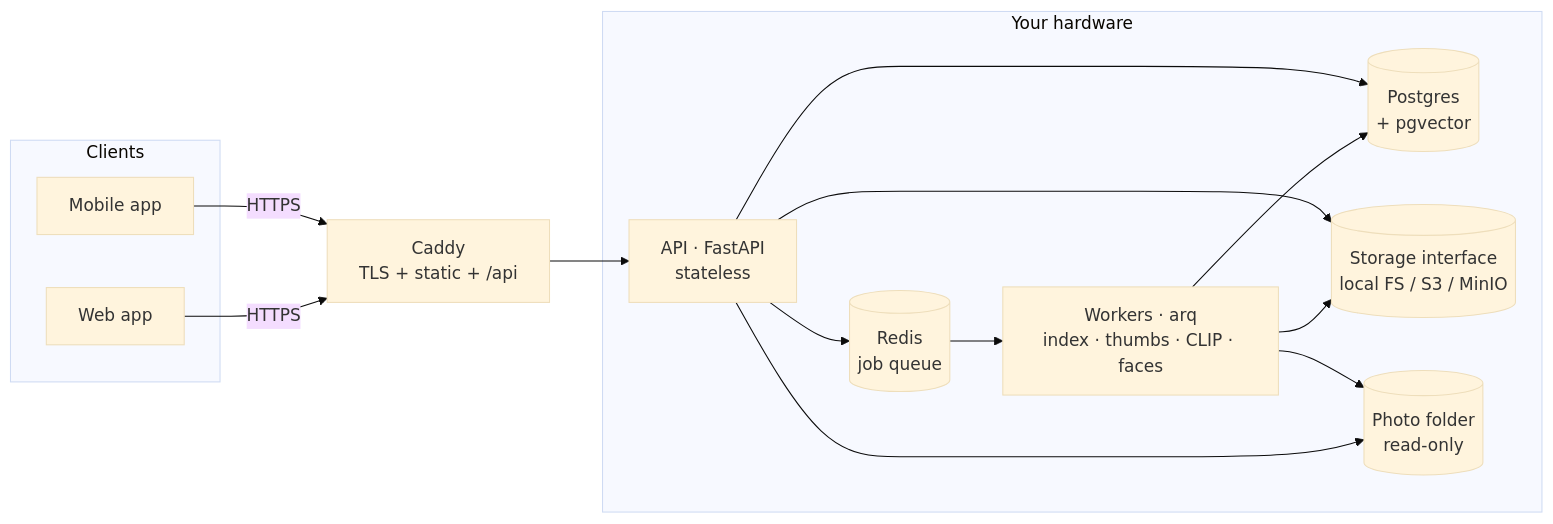
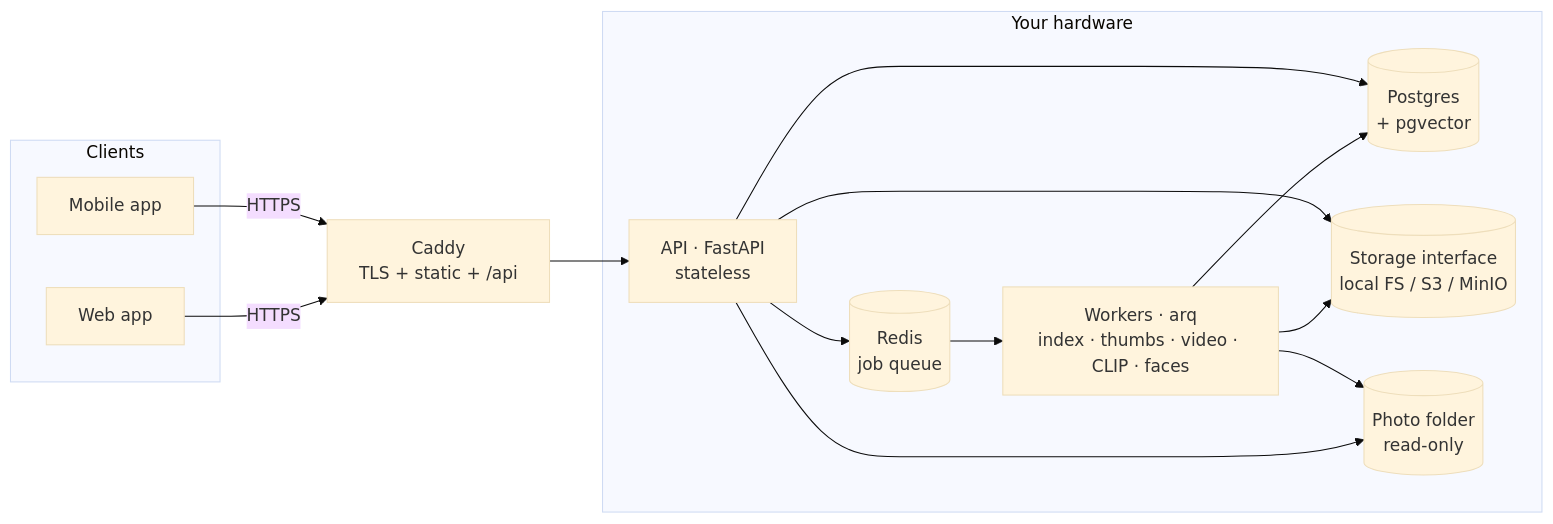
Before and after one commit to Db2203/selfhost: the diagram in README.md, drawn with Mermaid (base theme). The commit also changed other lines of this file, not shown here.

Commit message:
docs: tick off video support

````diff
--- a/README.md
+++ b/README.md
@@ -31,27 +32,27 @@
 ```mermaid
 flowchart LR
     subgraph clients [Clients]
         phone[Mobile app]
         browser[Web app]
     end
     caddy[Caddy<br/>TLS + static + /api]
     subgraph host [Your hardware]
         api[API · FastAPI<br/>stateless]
-        worker[Workers · arq<br/>index · thumbs · CLIP · faces]
+        worker[Workers · arq<br/>index · thumbs · video · CLIP · faces]
         pg[(Postgres<br/>+ pgvector)]
         redis[(Redis<br/>job queue)]
         store[(Storage interface<br/>local FS / S3 / MinIO)]
         library[(Photo folder<br/>read-only)]
     end
     phone -- HTTPS --> caddy
     browser -- HTTPS --> caddy
     caddy --> api
     api --> pg
     api --> redis
     api --> store
     redis --> worker
     worker --> pg
     worker --> store
     worker --> library
     api --> library
 ```
````
